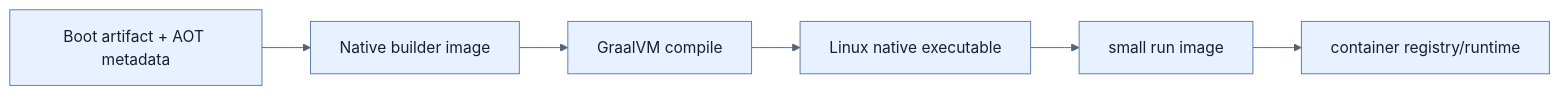
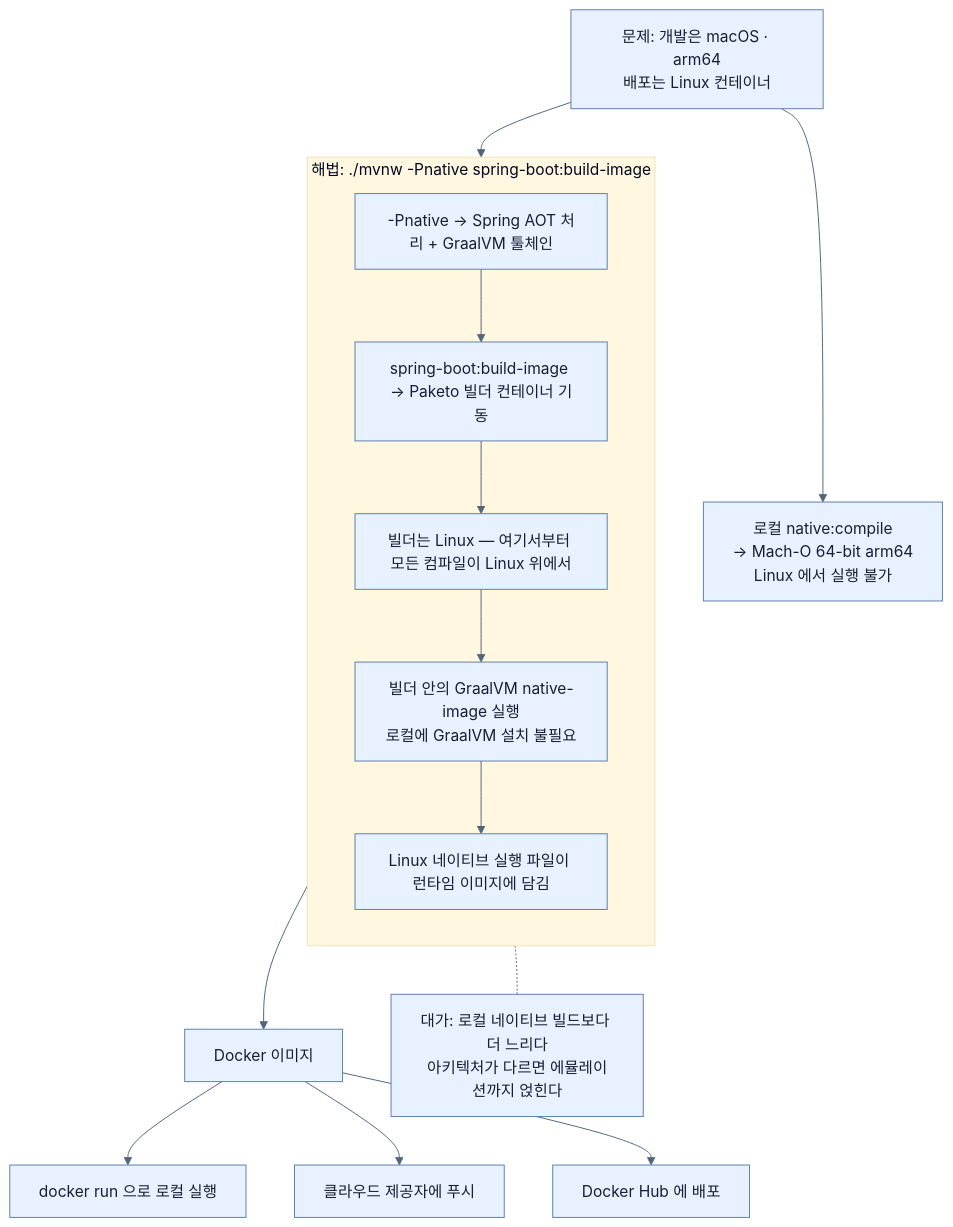
One commit to sing-u8/Learning_Spring_Boot_4 changed the diagram in spring-boot-4-pdf-notes/part-3-releasing-an-application-with-spring-boot/chapter-8-going-native-with-spring-boot/04-building-native-container-images.md. Above: the diagram before and after it, drawn with Mermaid. The commit also changed other lines of this file and 253 other files, not shown here.

````diff
--- a/spring-boot-4-pdf-notes/part-3-releasing-an-application-with-spring-boot/chapter-8-going-native-with-spring-boot/04-building-native-container-images.md
+++ b/spring-boot-4-pdf-notes/part-3-releasing-an-application-with-spring-boot/chapter-8-going-native-with-spring-boot/04-building-native-container-images.md
@@ -28,9 +83,26 @@
 ```mermaid
 %%{init: {'theme': 'base', 'themeVariables': {'background': '#ffffff', 'primaryColor': '#e8f1ff', 'primaryTextColor': '#172033', 'primaryBorderColor': '#5b7db1', 'lineColor': '#52647a', 'secondaryColor': '#f7fbff', 'tertiaryColor': '#fff7df'}}}%%
-flowchart LR
-    A[Boot artifact + AOT metadata] --> B[Native builder image]
-    B --> C[GraalVM compile]
-    C --> N[Linux native executable]
-    N --> R[small run image]
-    R --> D[container registry/runtime]
+flowchart TB
+    PROB["문제: 개발은 macOS · arm64<br/>배포는 Linux 컨테이너"]
+
+    PROB --> WRONG["로컬 native:compile<br/>→ Mach-O 64-bit arm64<br/>Linux 에서 실행 불가"]
+    PROB --> RIGHT
+
+    subgraph RIGHT["해법: ./mvnw -Pnative spring-boot:build-image"]
+        direction TB
+        R1["-Pnative → Spring AOT 처리 + GraalVM 툴체인"]
+        R2["spring-boot:build-image → Paketo 빌더 컨테이너 기동"]
+        R3["빌더는 Linux — 여기서부터 모든 컴파일이 Linux 위에서"]
+        R4["빌더 안의 GraalVM native-image 실행<br/>로컬에 GraalVM 설치 불필요"]
+        R5["Linux 네이티브 실행 파일이 런타임 이미지에 담김"]
+        R1 --> R2 --> R3 --> R4 --> R5
+    end
+
+    RIGHT --> OUT["Docker 이미지"]
+    OUT --> D1["docker run 으로 로컬 실행"]
+    OUT --> D2["클라우드 제공자에 푸시"]
+    OUT --> D3["Docker Hub 에 배포"]
+
+    TRADE["대가: 로컬 네이티브 빌드보다 더 느리다<br/>아키텍처가 다르면 에뮬레이션까지 얹힌다"]
+    RIGHT -.- TRADE
 ```
````
